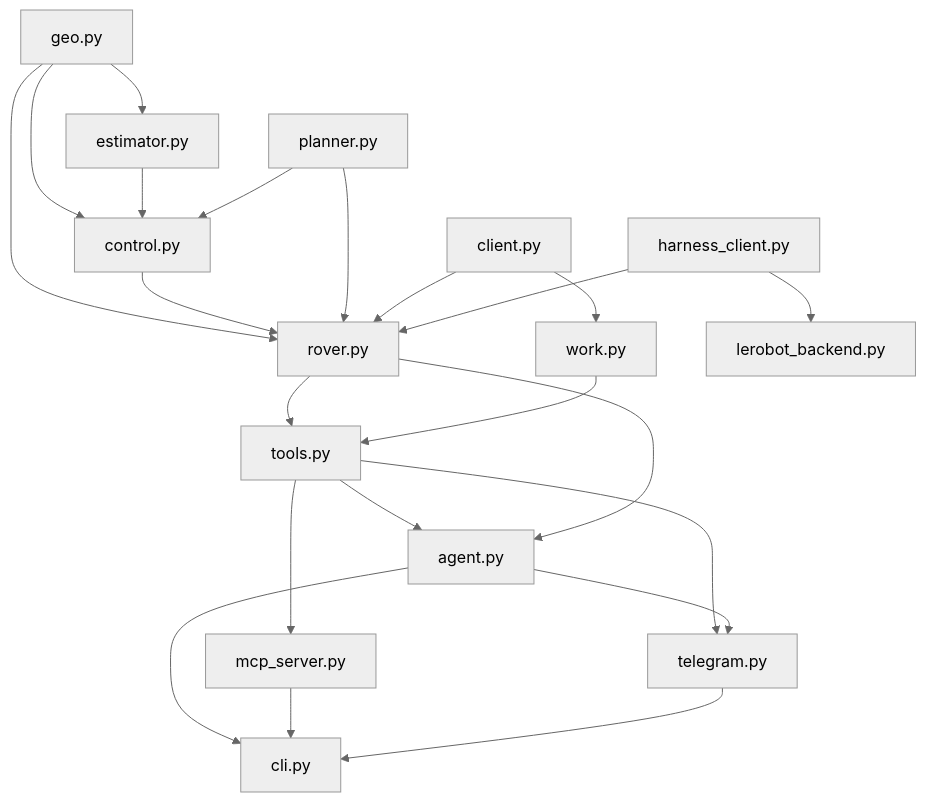
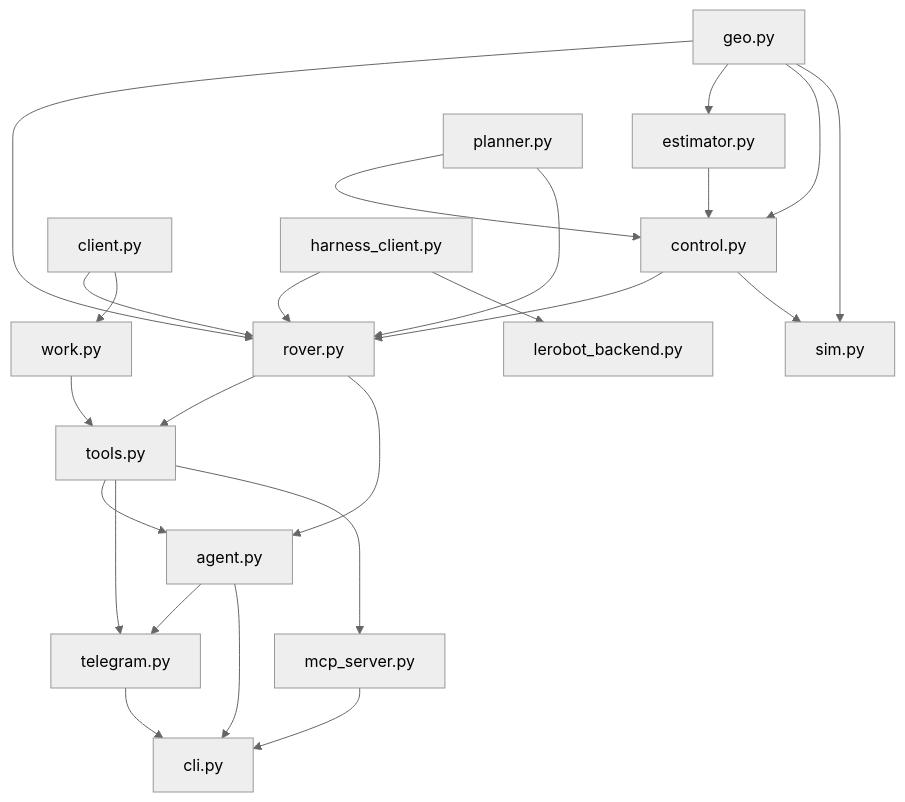
One commit to 0xSoftBoi/mini-plus-agent-kit changed diagram 15 of 17 in docs/ARCHITECTURE.md. Above: the diagram before and after it, drawn with Mermaid (neutral theme). The commit also changed other lines of this file and 8 other files, not shown here.

````diff
--- a/docs/ARCHITECTURE.md
+++ b/docs/ARCHITECTURE.md
@@ -557,24 +605,26 @@
 ```mermaid
 graph TD
   geo["geo.py"] --> rover["rover.py"]
   geo --> estimator["estimator.py"]
   geo --> control["control.py"]
   estimator --> control
   planner["planner.py"] --> control
   control --> rover
   planner --> rover
+  control --> sim["sim.py"]
+  geo --> sim
   client["client.py"] --> rover
   harness["harness_client.py"] --> rover
   client --> work["work.py"]
   rover --> tools["tools.py"]
   work --> tools
   tools --> agent["agent.py"]
   tools --> telegram["telegram.py"]
   tools --> mcp["mcp_server.py"]
   rover --> agent
   agent --> telegram
   harness --> lerobot["lerobot_backend.py"]
   agent --> cli["cli.py"]
   mcp --> cli
   telegram --> cli
 ```
````
